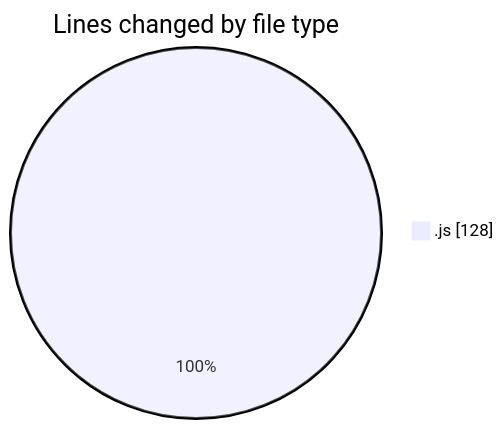
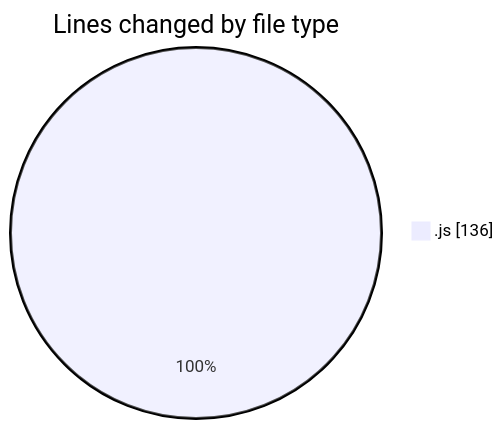
Before and after one commit to Ritupan-Deka/code-tracking: the first of 2 diagrams in 2025-07-19/mern-workoutboard/README.md, drawn with Mermaid. The commit also changed other lines of this file and 1 other file, not shown here.

````diff
--- a/2025-07-19/mern-workoutboard/README.md
+++ b/2025-07-19/mern-workoutboard/README.md
@@ -21,5 +21,5 @@
 ```mermaid
 pie showData
 title Lines changed by file type
-".js" : 128
+".js" : 136
 ```
````
